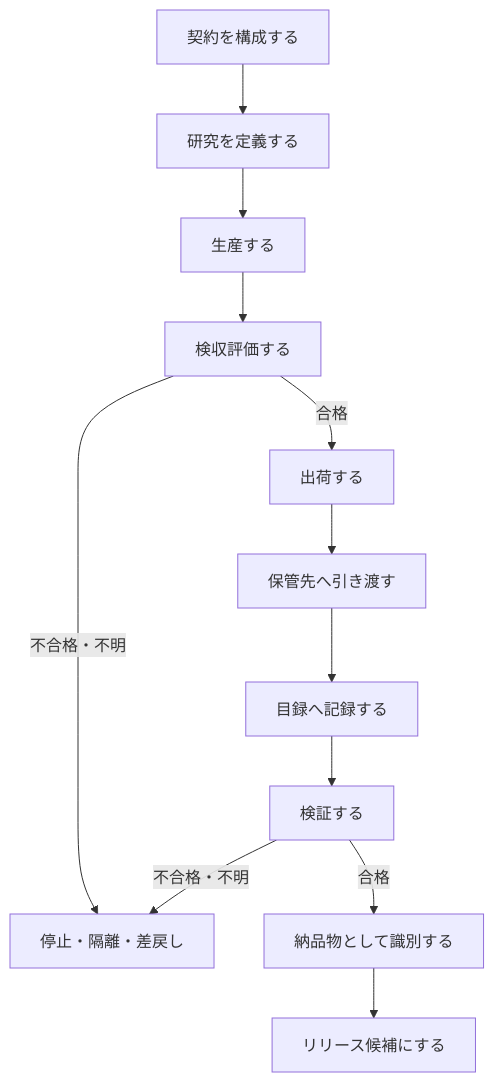
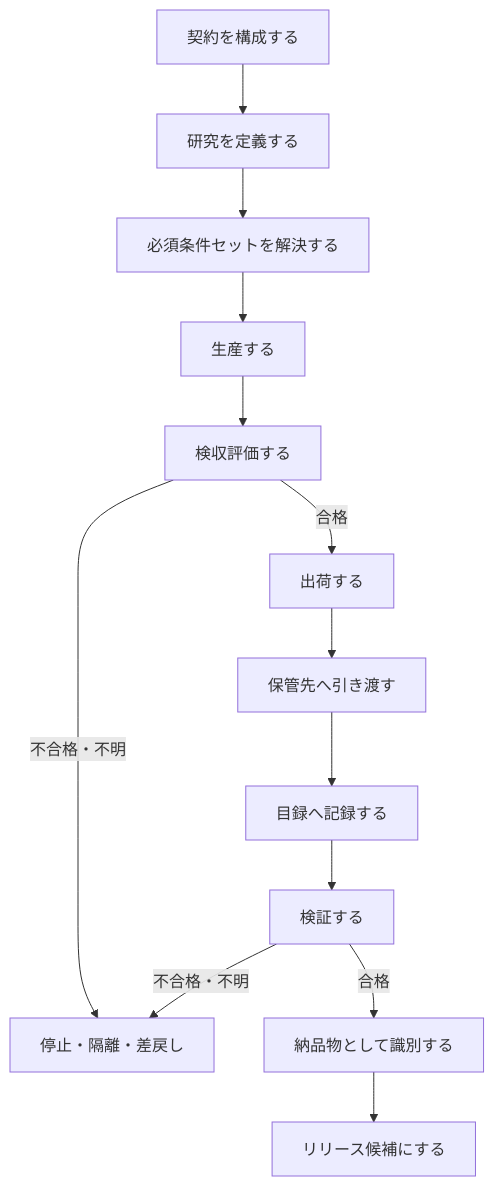
The diagram in docs/plan/20261016-procedures.md (routeflags/japan-cannabinoid-trends), drawn with Mermaid before and after one commit. The commit also changed other lines of this file and 1 other file, not shown here.

````diff
--- a/docs/plan/20261016-procedures.md
+++ b/docs/plan/20261016-procedures.md
@@ -20,14 +20,15 @@
 ```mermaid
 flowchart TD
   C["契約を構成する"] --> S["研究を定義する"]
-  S --> P["生産する"]
+  S --> Q["必須条件セットを解決する"]
+  Q --> P["生産する"]
   P --> A["検収評価する"]
   A -->|"合格"| H["出荷する"]
   A -->|"不合格・不明"| X["停止・隔離・差戻し"]
   H --> T["保管先へ引き渡す"]
   T --> I["目録へ記録する"]
   I --> V["検証する"]
   V -->|"合格"| D["納品物として識別する"]
   V -->|"不合格・不明"| X
   D --> R["リリース候補にする"]
 ```
````
